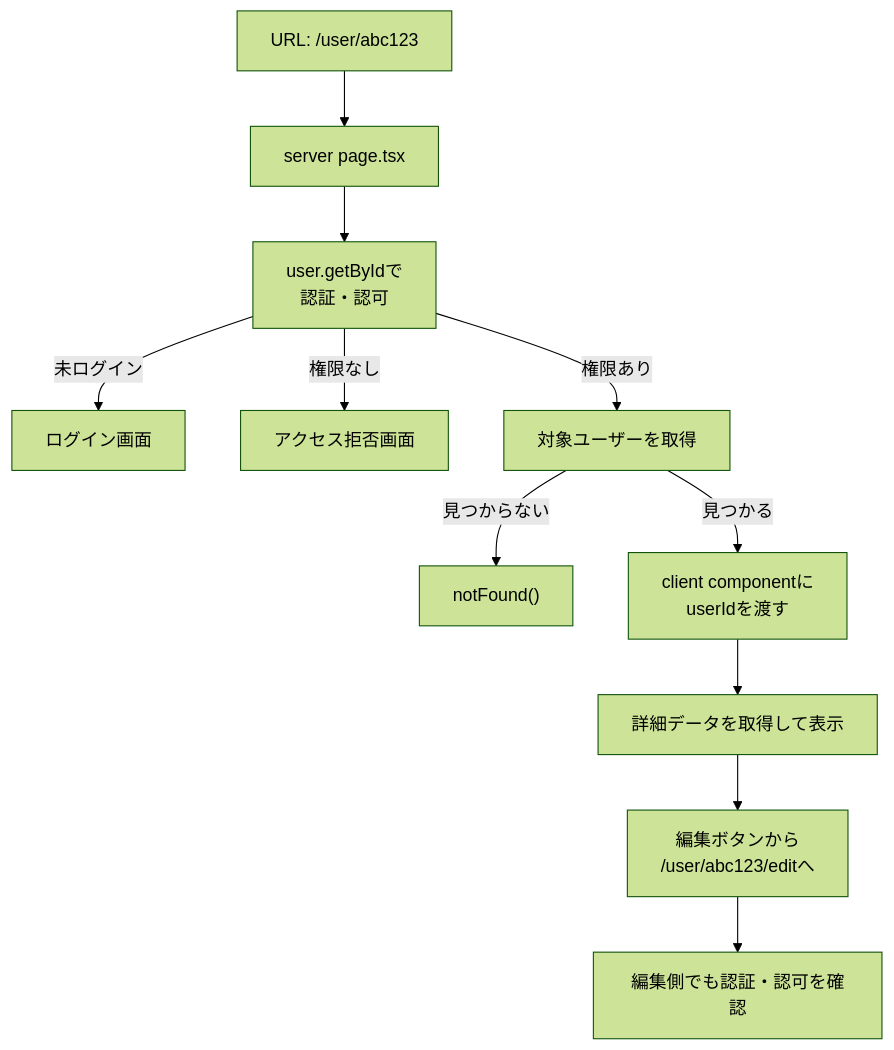
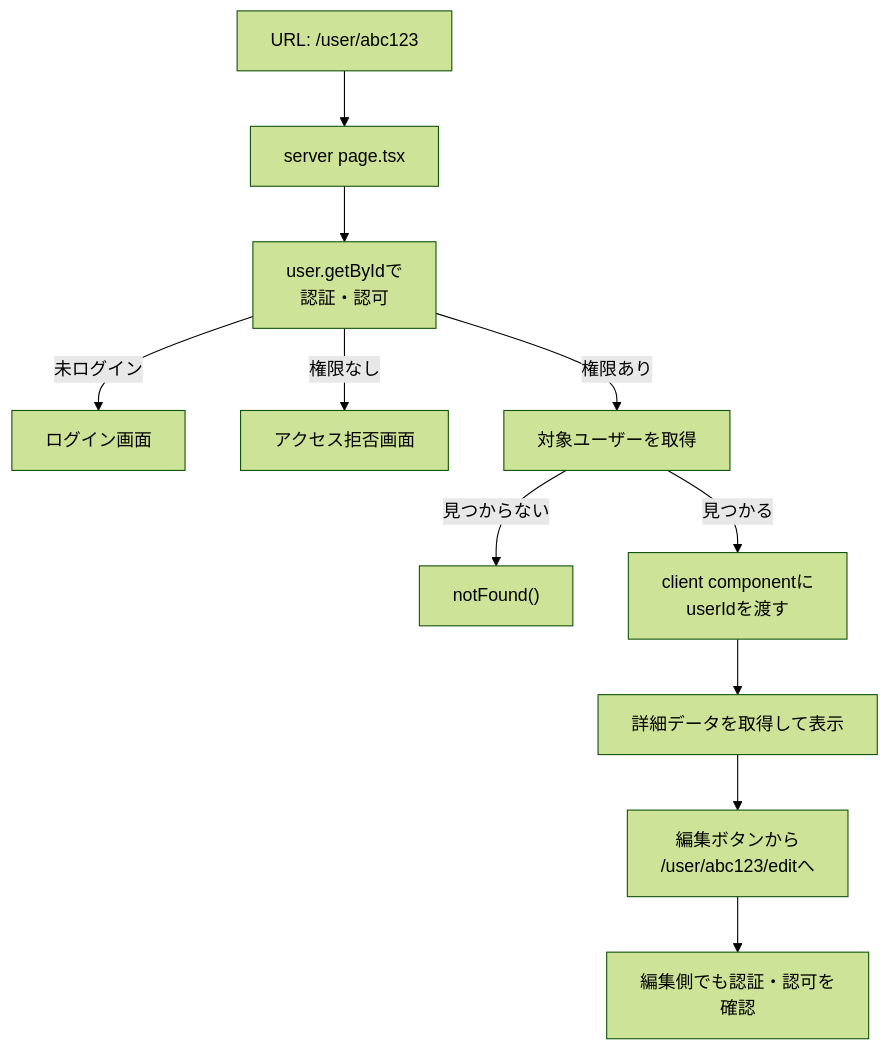
One commit to kouiso/task-app changed the first of 3 diagrams in material/30days-curriculum/day29_ユーザー詳細・編集ページを作ろう.md. Above: the diagram before and after it, drawn with Mermaid (forest theme). The commit also changed other lines of this file and 40 other files, not shown here.

````diff
--- a/material/30days-curriculum/day29_ユーザー詳細・編集ページを作ろう.md
+++ b/material/30days-curriculum/day29_ユーザー詳細・編集ページを作ろう.md
@@ -38,13 +38,13 @@
 ```mermaid
 flowchart TD
     A["URL: /user/abc123"] --> B["server page.tsx"]
     B --> C["user.getByIdで<br/>認証・認可"]
     C -->|未ログイン| D["ログイン画面"]
     C -->|権限なし| E["アクセス拒否画面"]
     C -->|権限あり| F["対象ユーザーを取得"]
     F -->|見つからない| G["notFound()"]
     F -->|見つかる| H["client componentに<br/>userIdを渡す"]
     H --> I["詳細データを取得して表示"]
     I --> J["編集ボタンから<br/>/user/abc123/editへ"]
-    J --> K["編集側でも認証・認可を確認"]
+    J --> K["編集側でも認証・認可を<br/>確認"]
 ```
````
